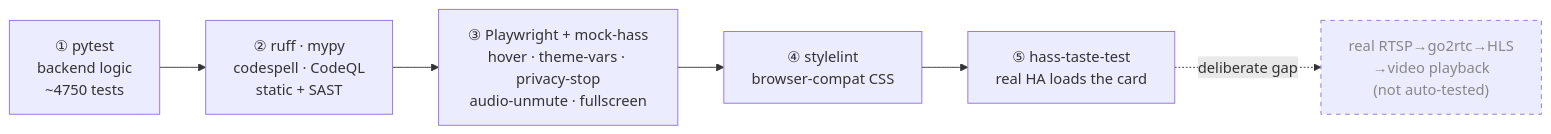
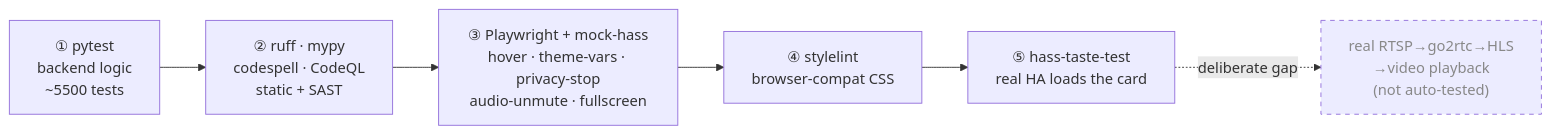
Before and after one commit to mosandlt/Bosch-Smart-Home-Camera-Tool-HomeAssistant: the second of 2 diagrams in docs/ci-cd.md, drawn with Mermaid. The commit also changed other lines of this file and 14 other files, not shown here.

````diff
--- a/docs/ci-cd.md
+++ b/docs/ci-cd.md
@@ -35,9 +35,9 @@
 ```mermaid
 flowchart LR
-  L1["① pytest<br/>backend logic<br/>~4750 tests"] --> L2["② ruff · mypy<br/>codespell · CodeQL<br/>static + SAST"]
+  L1["① pytest<br/>backend logic<br/>~5500 tests"] --> L2["② ruff · mypy<br/>codespell · CodeQL<br/>static + SAST"]
   L2 --> L3["③ Playwright + mock-hass<br/>hover · theme-vars · privacy-stop<br/>audio-unmute · fullscreen"]
   L3 --> L4["④ stylelint<br/>browser-compat CSS"]
   L4 --> L5["⑤ hass-taste-test<br/>real HA loads the card"]
   L5 -.->|deliberate gap| L6["real RTSP→go2rtc→HLS<br/>→video playback<br/>(not auto-tested)"]
   style L6 stroke-dasharray: 5 5,color:#888
 ```
````
